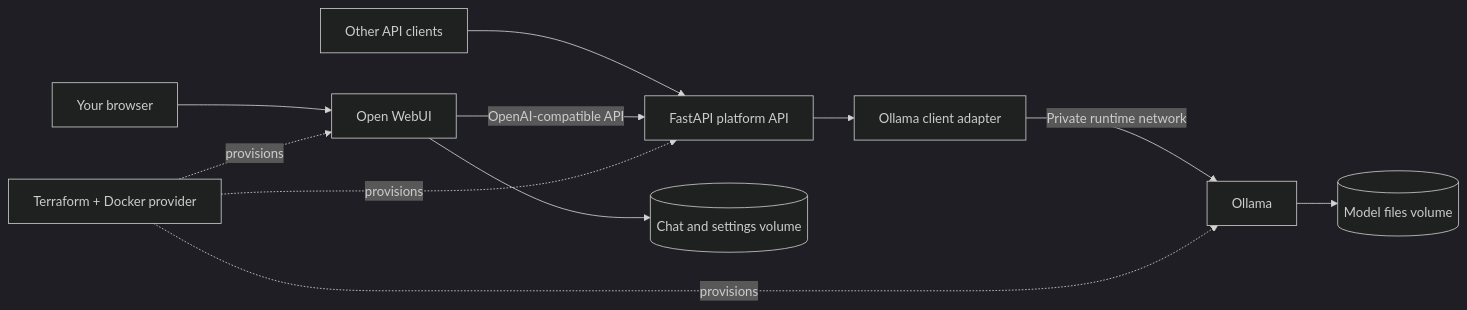
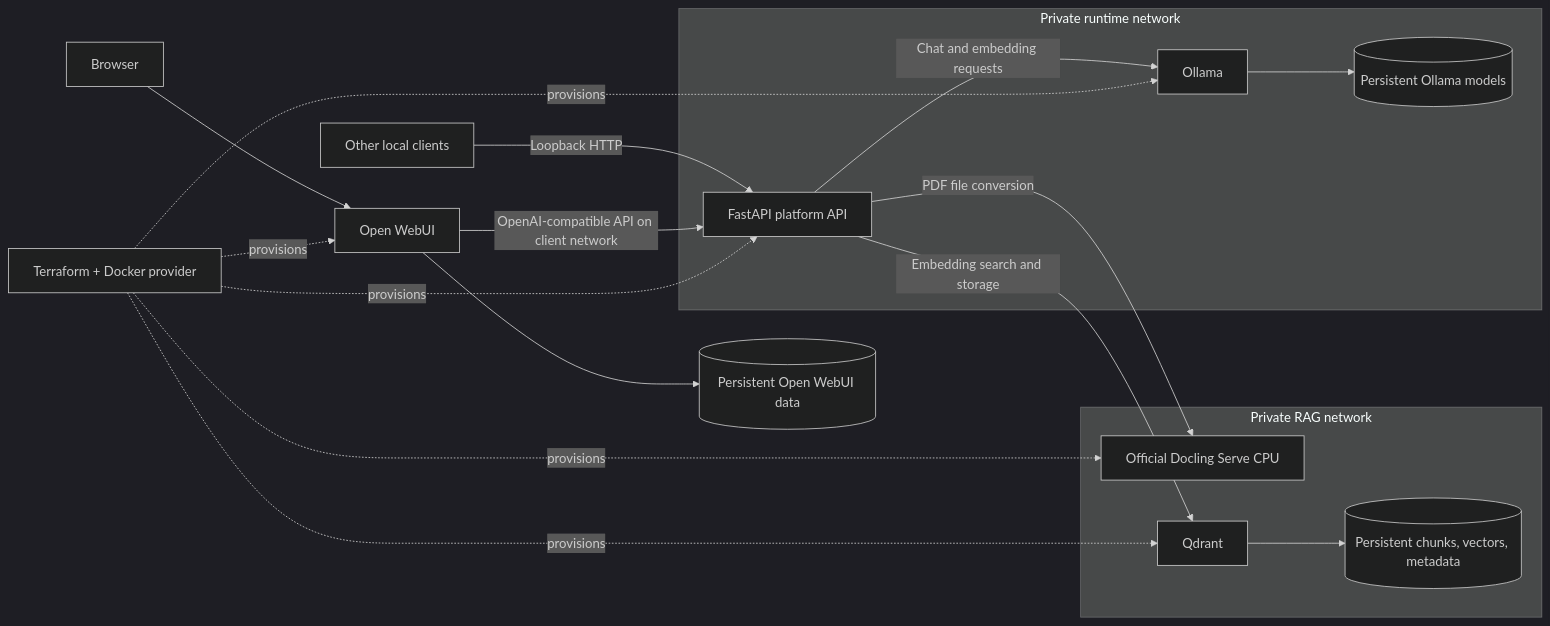
Before and after one commit to BinarySyrup/AI-Platform-Foundation-Local: the diagram in docs/architecture.md, drawn with Mermaid (dark theme). The commit also changed other lines of this file and 8 other files, not shown here.

First line of the commit message:
docs(rag): add local PDF RAG scope and architecture

````diff
--- a/docs/architecture.md
+++ b/docs/architecture.md
@@ -11,14 +14,24 @@
 ```mermaid
 flowchart LR
-    Terraform[Terraform + Docker provider]
-    Browser[Your browser] --> UI[Open WebUI]
-    Client[Other API clients] --> API[FastAPI platform API]
-    UI -->|OpenAI-compatible API| API
-    API --> Adapter[Ollama client adapter]
-    Adapter -->|Private runtime network| Ollama[Ollama]
-    Ollama --> Models[(Model files volume)]
-    UI --> Chats[(Chat and settings volume)]
+    Browser[Browser] --> UI[Open WebUI]
+    Client[Other local clients] -->|Loopback HTTP| API[FastAPI platform API]
+    UI -->|OpenAI-compatible API on client network| API
+
+    subgraph runtime[Private runtime network]
+        API -->|Chat and embedding requests| Ollama[Ollama]
+        Ollama --> Models[(Persistent Ollama models)]
+    end
+
+    subgraph rag[Private RAG network]
+        API -->|PDF file conversion| Docling[Official Docling Serve CPU]
+        API -->|Embedding search and storage| Qdrant[Qdrant]
+        Qdrant --> Vectors[(Persistent chunks, vectors, metadata)]
+    end
+
+    UI --> Chats[(Persistent Open WebUI data)]
+    Terraform[Terraform + Docker provider] -. provisions .-> API
+    Terraform -. provisions .-> Ollama
+    Terraform -. provisions .-> Docling
+    Terraform -. provisions .-> Qdrant
     Terraform -. provisions .-> UI
-    Terraform -. provisions .-> API
-    Terraform -. provisions .-> Ollama
 ```
````
